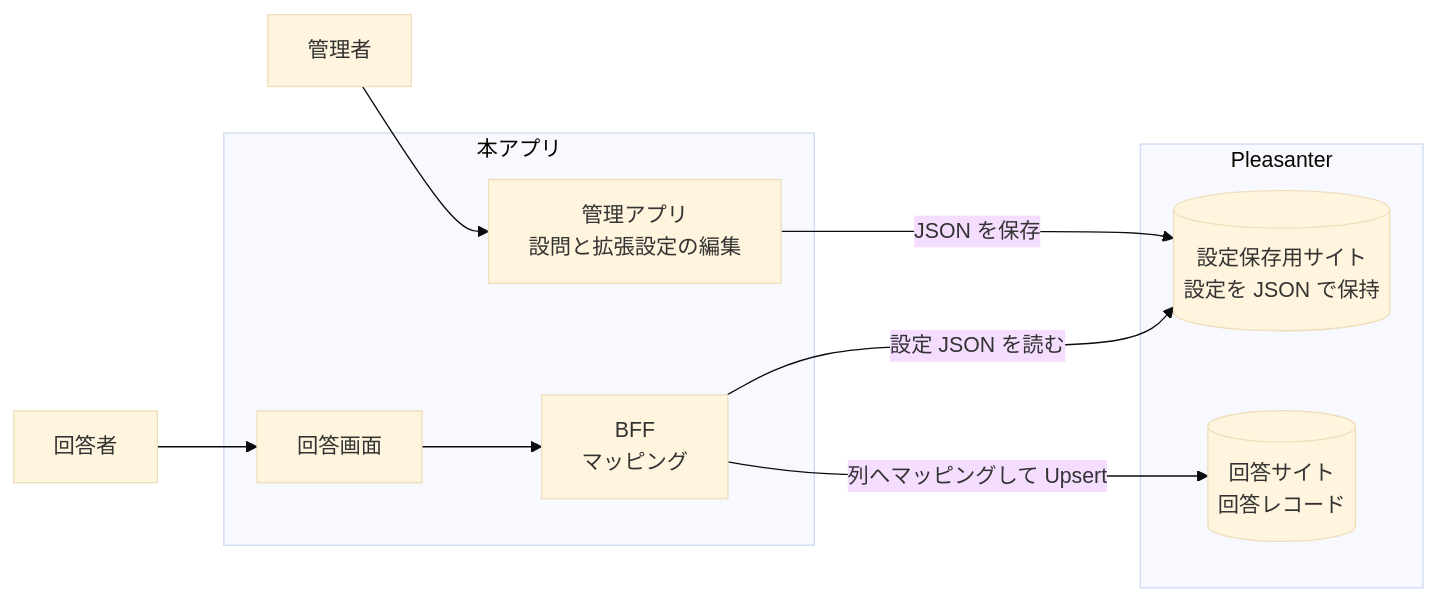
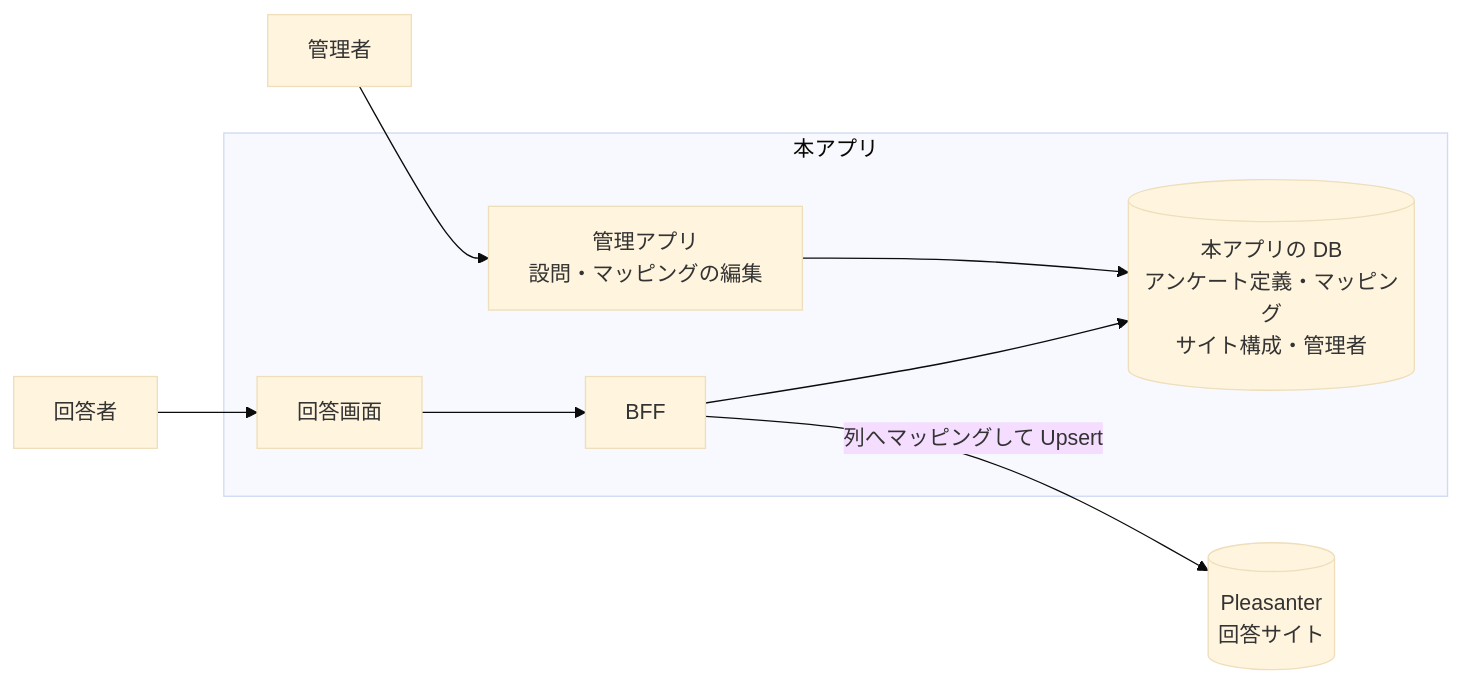
Before and after one commit to vehiclevisionjp/VehicleVision.PleasanterTools.Questionnaire: the second of 4 diagrams in _documents/アーキテクチャ方針.md, drawn with Mermaid (base theme). The commit also changed other lines of this file, not shown here.

````diff
--- a/_documents/アーキテクチャ方針.md
+++ b/_documents/アーキテクチャ方針.md
@@ -207,19 +207,17 @@
 ```mermaid
 flowchart LR
     ADM["管理者"]
     subgraph APP["本アプリ"]
-        MNG["管理アプリ<br/>設問と拡張設定の編集"]
-        BFF["BFF<br/>マッピング"]
+        MNG["管理アプリ<br/>設問・マッピングの編集"]
+        BFF["BFF"]
         SPA["回答画面"]
+        DB[("本アプリの DB<br/>アンケート定義・マッピング<br/>サイト構成・管理者")]
     end
-    subgraph PL["Pleasanter"]
-        CFG[("設定保存用サイト<br/>設定を JSON で保持")]
-        DATA[("回答サイト<br/>回答レコード")]
-    end
+    PLDATA[("Pleasanter<br/>回答サイト")]
     U["回答者"]
 
-    ADM --> MNG -->|"JSON を保存"| CFG
+    ADM --> MNG --> DB
     U --> SPA --> BFF
-    BFF -->|"設定 JSON を読む"| CFG
-    BFF -->|"列へマッピングして Upsert"| DATA
+    BFF --> DB
+    BFF -->|"列へマッピングして Upsert"| PLDATA
 ```
````
